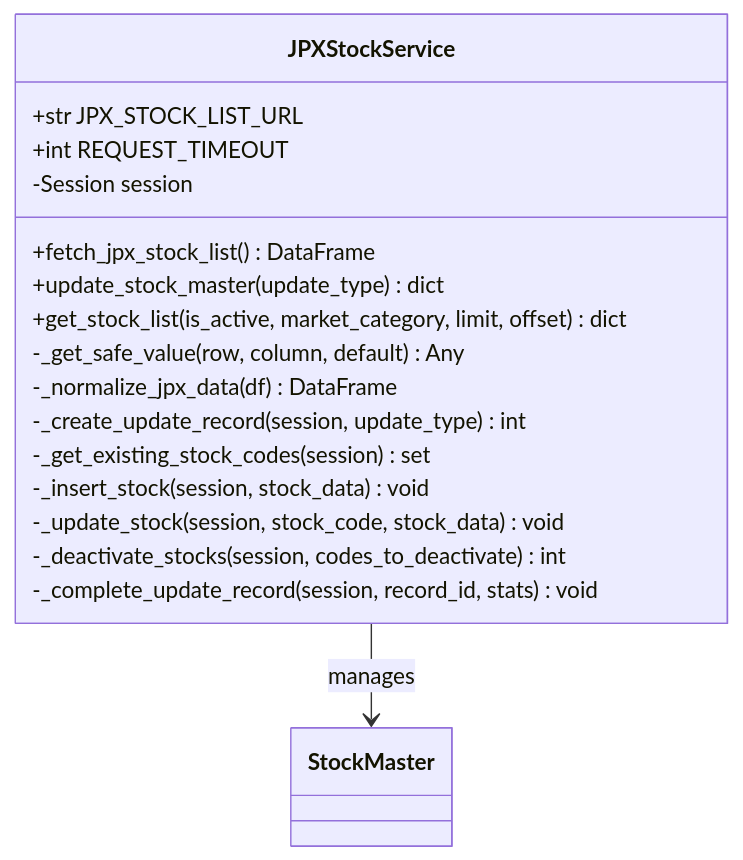
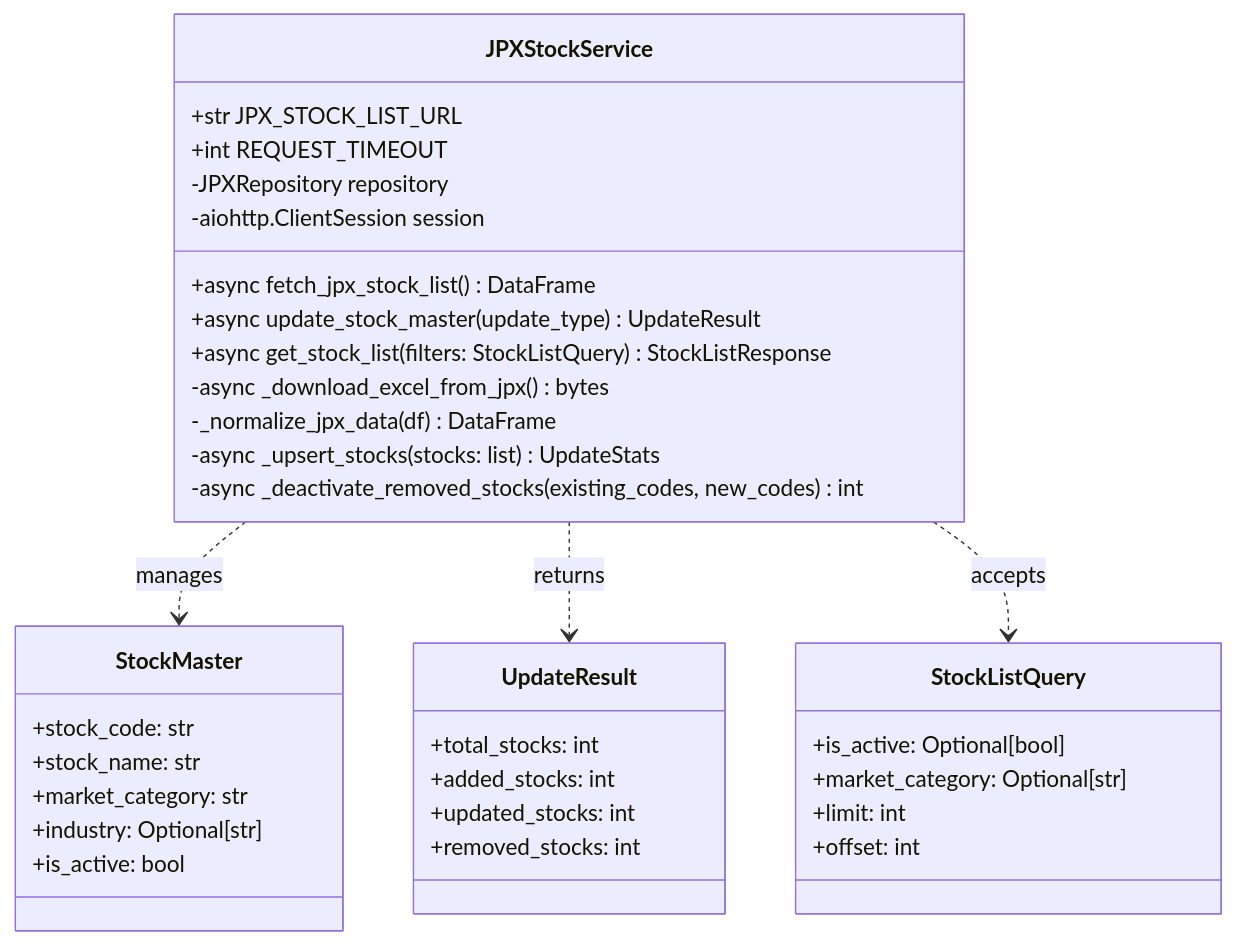
The fourth of 9 diagrams in docs/architecture/layers/service_layer.md (TIMMY-WEST/STOCK-INVESTMENT-ANALYZER), drawn with Mermaid before and after one commit. The commit also changed other lines of this file and 2 other files, not shown here.

````diff
--- a/docs/architecture/layers/service_layer.md
+++ b/docs/architecture/layers/service_layer.md
@@ -252,21 +488,42 @@
 ```mermaid
 classDiagram
     class JPXStockService {
         +str JPX_STOCK_LIST_URL
         +int REQUEST_TIMEOUT
-        -Session session
-        +fetch_jpx_stock_list() DataFrame
-        +update_stock_master(update_type) dict
-        +get_stock_list(is_active, market_category, limit, offset) dict
-        -_get_safe_value(row, column, default) Any
+        -JPXRepository repository
+        -aiohttp.ClientSession session
+        +async fetch_jpx_stock_list() DataFrame
+        +async update_stock_master(update_type) UpdateResult
+        +async get_stock_list(filters: StockListQuery) StockListResponse
+        -async _download_excel_from_jpx() bytes
         -_normalize_jpx_data(df) DataFrame
-        -_create_update_record(session, update_type) int
-        -_get_existing_stock_codes(session) set
-        -_insert_stock(session, stock_data) void
-        -_update_stock(session, stock_code, stock_data) void
-        -_deactivate_stocks(session, codes_to_deactivate) int
-        -_complete_update_record(session, record_id, stats) void
+        -async _upsert_stocks(stocks: list) UpdateStats
+        -async _deactivate_removed_stocks(existing_codes, new_codes) int
     }
 
-    JPXStockService --> StockMaster : manages
+    class StockMaster {
+        +stock_code: str
+        +stock_name: str
+        +market_category: str
+        +industry: Optional[str]
+        +is_active: bool
+    }
+
+    class UpdateResult {
+        +total_stocks: int
+        +added_stocks: int
+        +updated_stocks: int
+        +removed_stocks: int
+    }
+
+    class StockListQuery {
+        +is_active: Optional[bool]
+        +market_category: Optional[str]
+        +limit: int
+        +offset: int
+    }
+
+    JPXStockService ..> StockMaster : manages
+    JPXStockService ..> UpdateResult : returns
+    JPXStockService ..> StockListQuery : accepts
 ```
````
